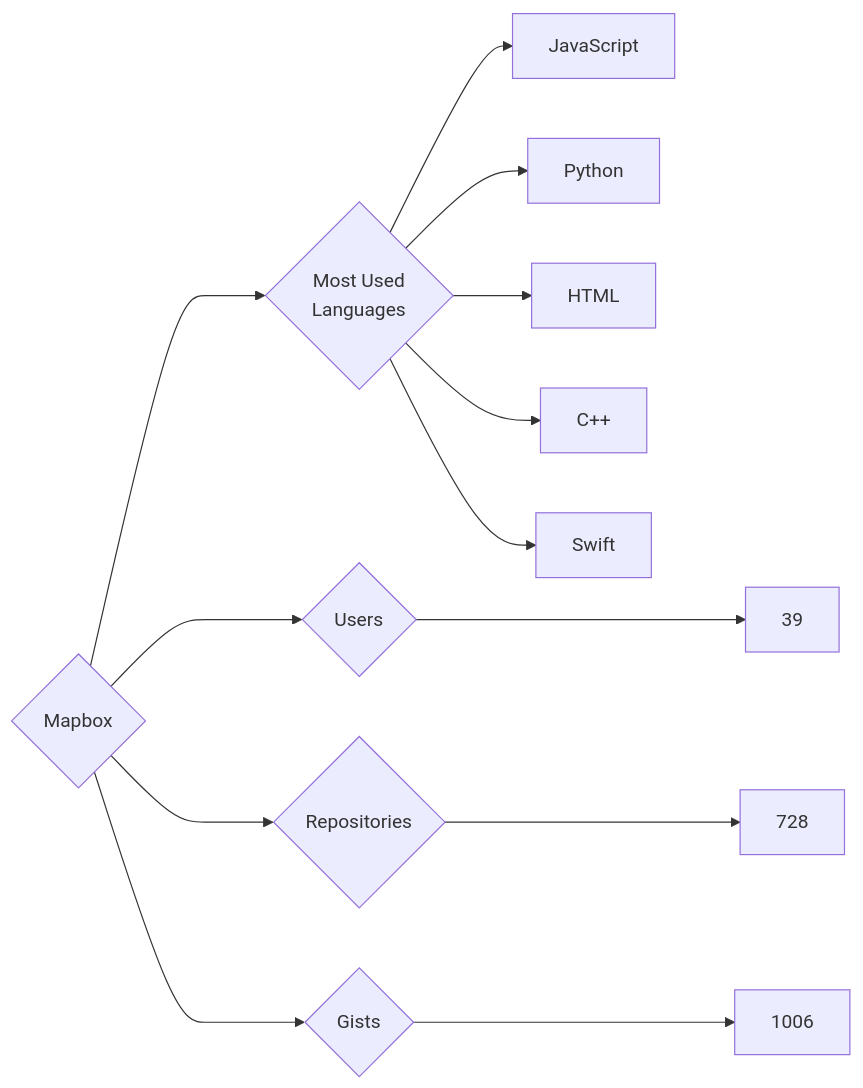
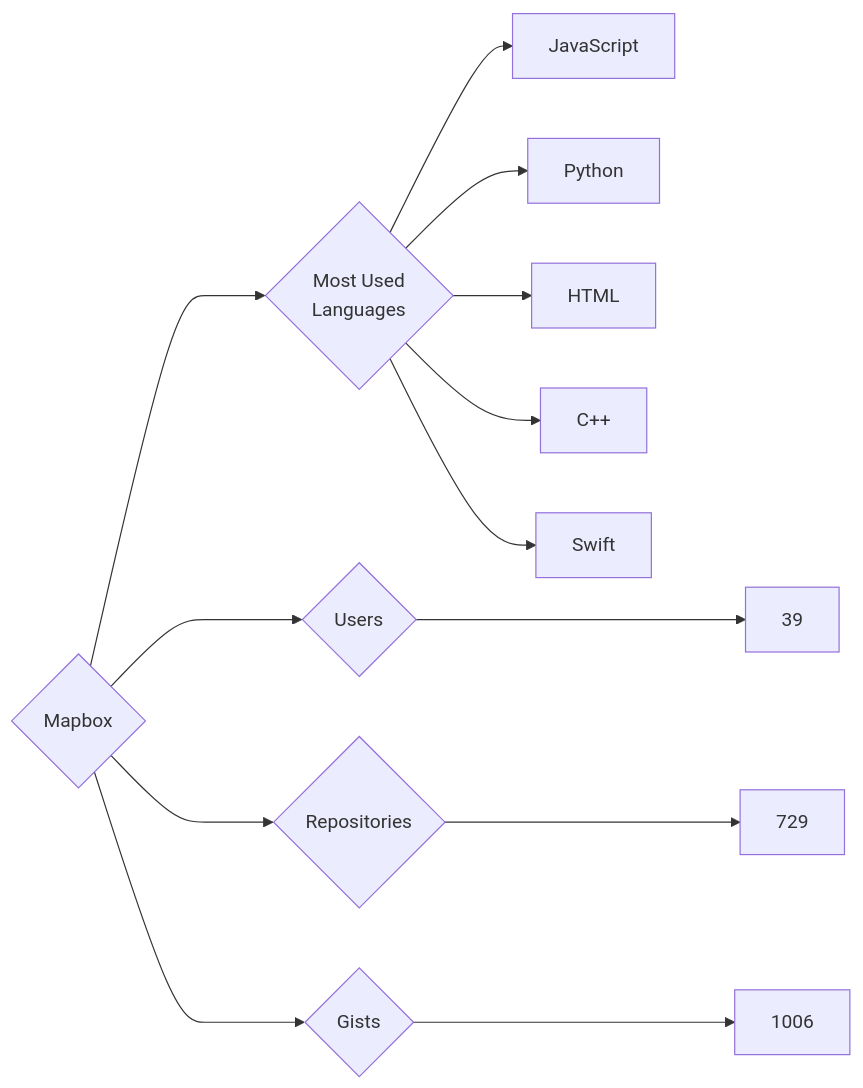
One commit to trickest/insiders changed the diagram in targets/Mapbox/README.md. Above: the diagram before and after it, drawn with Mermaid. The commit also changed 903 other files, not shown here.

````diff
--- a/targets/Mapbox/README.md
+++ b/targets/Mapbox/README.md
@@ -3,13 +3,13 @@
 ```mermaid
 graph LR
 COMPANY_NAME{Mapbox}
 COMPANY_NAME ---> U{Users} ---> UN[39]
-COMPANY_NAME ---> R{Repositories} ---> RN[728]
+COMPANY_NAME ---> R{Repositories} ---> RN[729]
 COMPANY_NAME ---> G{Gists} ---> GN[1006]
 COMPANY_NAME ---> ML{Most Used<br>Languages}
 ML --> JavaScript[JavaScript]
 ML --> Python[Python]
 ML --> HTML[HTML]
 ML --> C++[C++]
 ML --> Swift[Swift]
 ```
````
